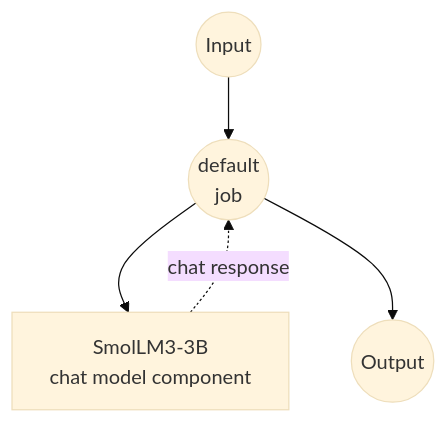
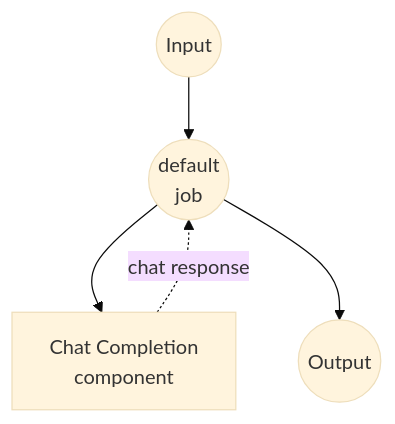
Before and after one commit to hanyeol/model-compose: the diagram in examples/model-tasks/chat-completion/README.md, drawn with Mermaid (base theme). The commit also changed other lines of this file and 24 other files, not shown here.

````diff
--- a/examples/model-tasks/chat-completion/README.md
+++ b/examples/model-tasks/chat-completion/README.md
@@ -105,16 +115,16 @@
 ```mermaid
 graph TD
     %% Default job (implicit)
     J1((default<br/>job))
 
     %% Component
-    C1[SmolLM3-3B<br/>chat model component]
+    C1[Chat Completion<br/>component]
 
     %% Job to component connections (solid: invokes, dotted: returns)
     J1 --> C1
     C1 -.-> |chat response| J1
 
     %% Input/Output
     Input((Input)) --> J1
     J1 --> Output((Output))
 ```
````
